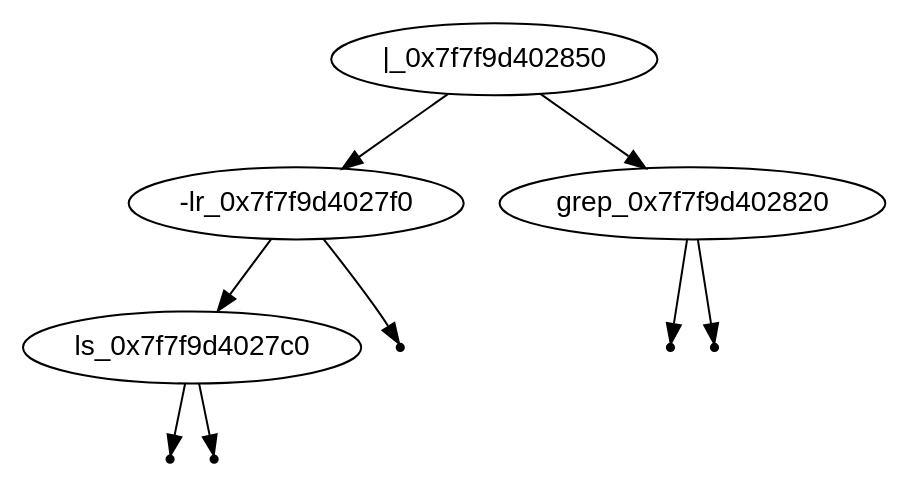
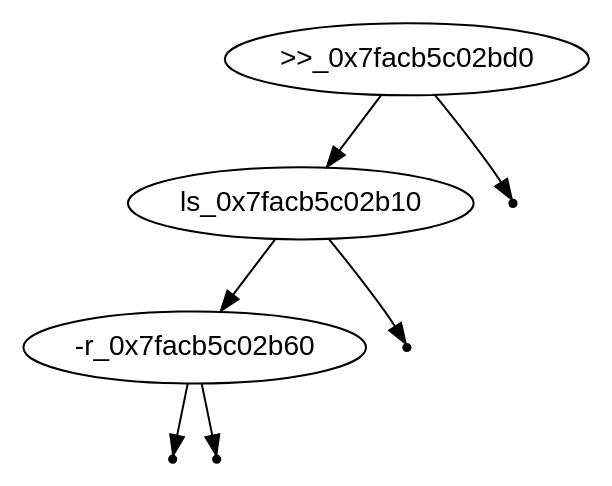
Before and after one commit to ix-56h/Shelled: the diagram in tree.dot, drawn with Graphviz. The commit also changed 4 other files, not shown here.

```diff
--- a/tree.dot
+++ b/tree.dot
@@ -1,16 +1,13 @@
 digraph BST {
     node [fontname="Arial"];
-    "|_0x7f7f9d402850" -> "-lr_0x7f7f9d4027f0";
-    "-lr_0x7f7f9d4027f0" -> "ls_0x7f7f9d4027c0";
+    ">>_0x7facb5c02bd0" -> "ls_0x7facb5c02b10";
+    "ls_0x7facb5c02b10" -> "-r_0x7facb5c02b60";
     null0 [shape=point];
-    "ls_0x7f7f9d4027c0" -> null0;
+    "-r_0x7facb5c02b60" -> null0;
     null1 [shape=point];
-    "ls_0x7f7f9d4027c0" -> null1;
+    "-r_0x7facb5c02b60" -> null1;
     null2 [shape=point];
-    "-lr_0x7f7f9d4027f0" -> null2;
-    "|_0x7f7f9d402850" -> "grep_0x7f7f9d402820";
+    "ls_0x7facb5c02b10" -> null2;
     null3 [shape=point];
-    "grep_0x7f7f9d402820" -> null3;
-    null4 [shape=point];
-    "grep_0x7f7f9d402820" -> null4;
+    ">>_0x7facb5c02bd0" -> null3;
 }
```
